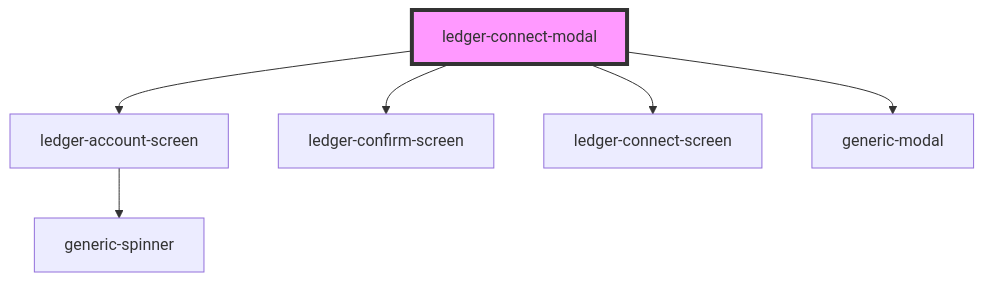
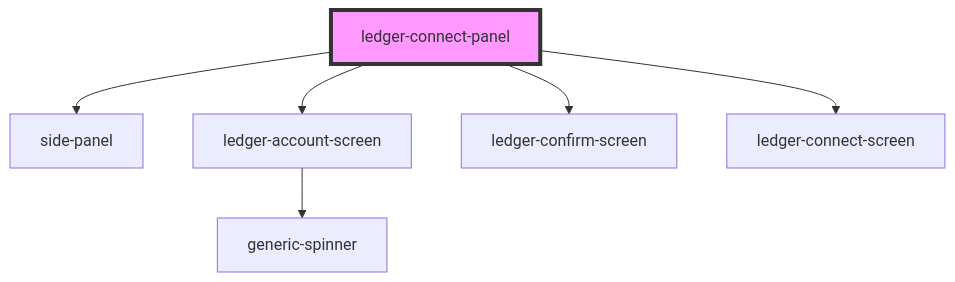
Before and after one commit to multiversx/mx-sdk-dapp-ui: the diagram in src/components/functional/ledger-connect-components/readme.md, drawn with Mermaid. The commit also changed other lines of this file and 31 other files, not shown here.

````diff
--- a/src/components/functional/ledger-connect-components/readme.md
+++ b/src/components/functional/ledger-connect-components/readme.md
@@ -36,9 +36,9 @@
 ```mermaid
 graph TD;
-  ledger-connect-modal --> ledger-account-screen
-  ledger-connect-modal --> ledger-confirm-screen
-  ledger-connect-modal --> ledger-connect-screen
-  ledger-connect-modal --> generic-modal
+  ledger-connect-panel --> side-panel
+  ledger-connect-panel --> ledger-account-screen
+  ledger-connect-panel --> ledger-confirm-screen
+  ledger-connect-panel --> ledger-connect-screen
   ledger-account-screen --> generic-spinner
-  style ledger-connect-modal fill:#f9f,stroke:#333,stroke-width:4px
+  style ledger-connect-panel fill:#f9f,stroke:#333,stroke-width:4px
 ```
````
